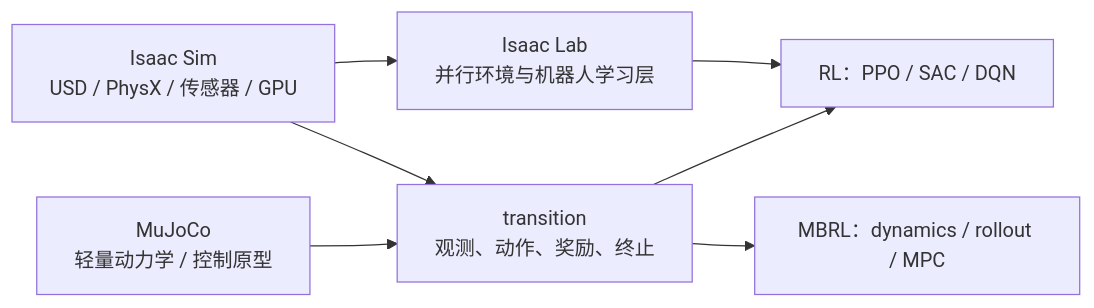
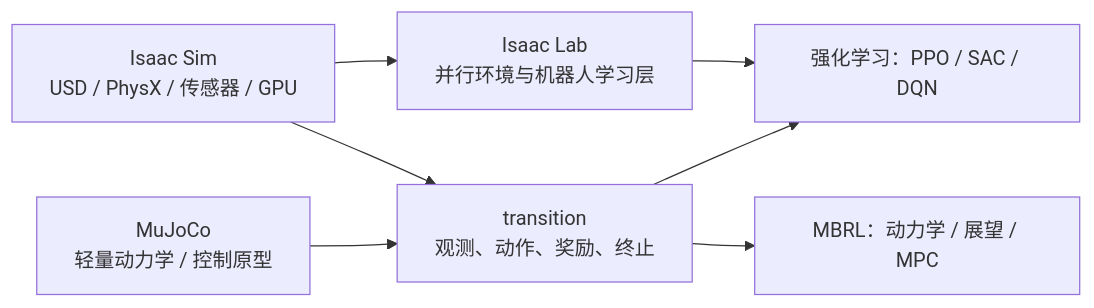
The first of 8 diagrams in docs/knowledge-map.md (Faraday-2024/Embodied-AI-Start), drawn with Mermaid before and after one commit. The commit also changed other lines of this file, not shown here.

Commit message:
修改图表

```diff
--- a/docs/knowledge-map.md
+++ b/docs/knowledge-map.md
@@ -13,9 +13,9 @@
 ~~~mermaid
 flowchart LR
     MUJOCO[MuJoCo\n轻量动力学 / 控制原型] --> TRANS[transition\n观测、动作、奖励、终止]
     ISAAC[Isaac Sim\nUSD / PhysX / 传感器 / GPU] --> TRANS
-    TRANS --> RL[RL：PPO / SAC / DQN]
-    TRANS --> MBRL[MBRL：dynamics / rollout / MPC]
+TRANS --> RL[强化学习：PPO / SAC / DQN]
+TRANS --> MBRL[MBRL：动力学 / 展望 / MPC]
     ISAAC --> LAB[Isaac Lab\n并行环境与机器人学习层]
     LAB --> RL
 ~~~
```
